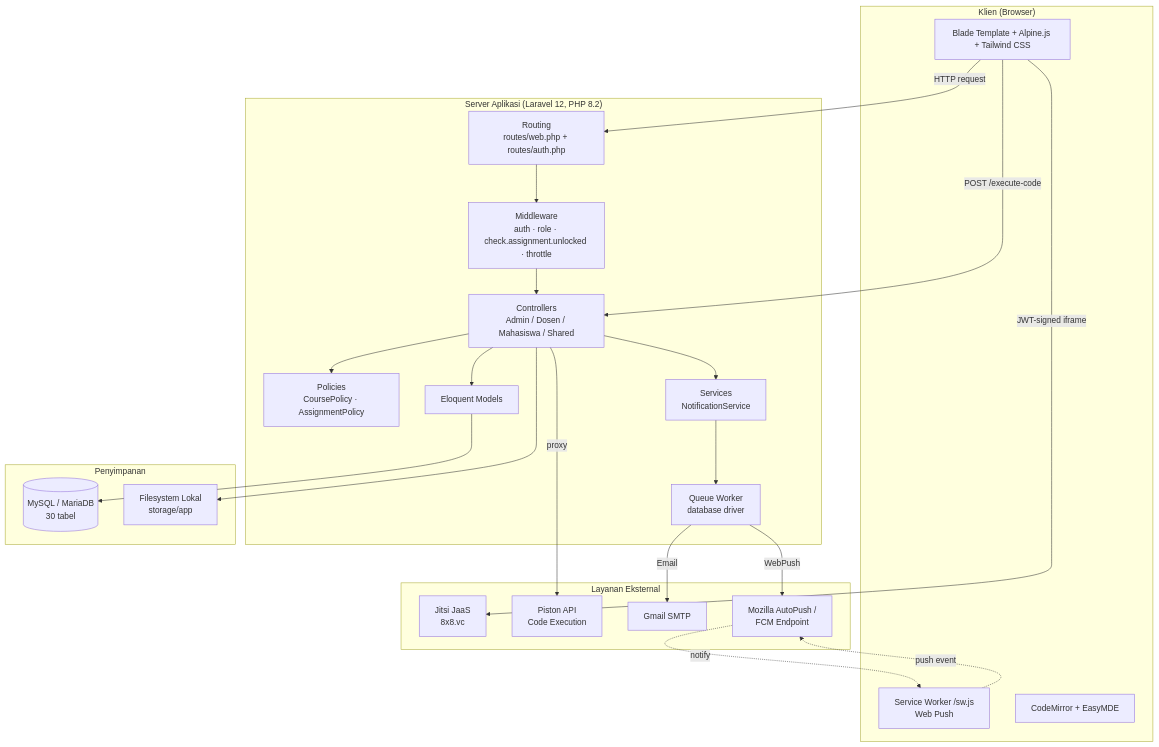
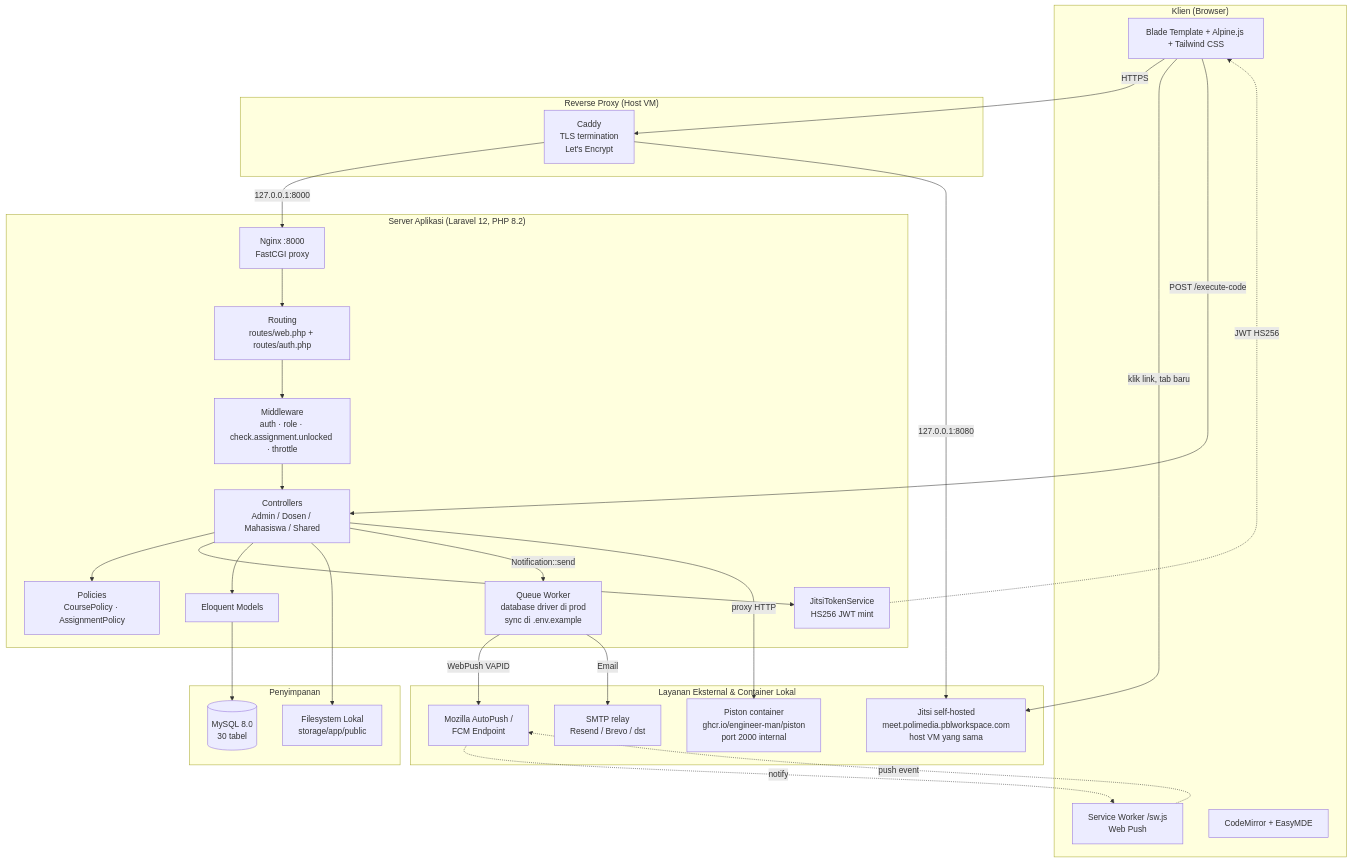
Before and after one commit to SendhyKurniawan/projectbasedlearning: the first of 7 diagrams in docs/bab4-implementasi.md, drawn with Mermaid. The commit also changed other lines of this file and 80 other files, not shown here.

First line of the commit message:
refactor: remove Role model/NotificationService/Hierarchy, docs overhaul

````diff
--- a/docs/bab4-implementasi.md
+++ b/docs/bab4-implementasi.md
@@ -167,47 +179,56 @@
 ```mermaid
 graph TB
     subgraph Klien["Klien (Browser)"]
         UI[Blade Template + Alpine.js + Tailwind CSS]
         SW[Service Worker /sw.js<br/>Web Push]
         EDITOR[CodeMirror + EasyMDE]
     end
 
+    subgraph Caddy["Reverse Proxy (Host VM)"]
+        CADDY[Caddy<br/>TLS termination<br/>Let's Encrypt]
+    end
+
     subgraph Server["Server Aplikasi (Laravel 12, PHP 8.2)"]
+        NGINX[Nginx :8000<br/>FastCGI proxy]
         ROUTES[Routing<br/>routes/web.php + routes/auth.php]
         MW[Middleware<br/>auth · role · check.assignment.unlocked · throttle]
         CTRL[Controllers<br/>Admin / Dosen / Mahasiswa / Shared]
         POLICY[Policies<br/>CoursePolicy · AssignmentPolicy]
-        SVC[Services<br/>NotificationService]
+        JITSISVC[JitsiTokenService<br/>HS256 JWT mint]
         MODEL[Eloquent Models]
-        QUEUE[Queue Worker<br/>database driver]
+        QUEUE[Queue Worker<br/>database driver di prod<br/>sync di .env.example]
     end
 
     subgraph Penyimpanan["Penyimpanan"]
-        DB[(MySQL / MariaDB<br/>30 tabel)]
-        FS[Filesystem Lokal<br/>storage/app]
+        DB[(MySQL 8.0<br/>30 tabel)]
+        FS[Filesystem Lokal<br/>storage/app/public]
     end
 
-    subgraph Eksternal["Layanan Eksternal"]
-        JITSI[Jitsi JaaS<br/>8x8.vc]
-        PISTON[Piston API<br/>Code Execution]
-        SMTP[Gmail SMTP]
+    subgraph Eksternal["Layanan Eksternal & Container Lokal"]
+        JITSI[Jitsi self-hosted<br/>meet.polimedia.pblworkspace.com<br/>host VM yang sama]
+        PISTON[Piston container<br/>ghcr.io/engineer-man/piston<br/>port 2000 internal]
+        SMTP[SMTP relay<br/>Resend / Brevo / dst]
         PUSH[Mozilla AutoPush /<br/>FCM Endpoint]
     end
 
-    UI -- HTTP request --> ROUTES
+    UI -- HTTPS --> CADDY
+    CADDY -- 127.0.0.1:8000 --> NGINX
+    NGINX --> ROUTES
     ROUTES --> MW
     MW --> CTRL
     CTRL --> POLICY
-    CTRL --> SVC
+    CTRL --> JITSISVC
     CTRL --> MODEL
     MODEL --> DB
     CTRL --> FS
-    SVC --> QUEUE
-    QUEUE -- WebPush --> PUSH
+    CTRL -- Notification::send --> QUEUE
+    QUEUE -- WebPush VAPID --> PUSH
     QUEUE -- Email --> SMTP
-    UI -- JWT-signed iframe --> JITSI
+    UI -- klik link, tab baru --> JITSI
+    JITSISVC -. JWT HS256 .-> UI
     UI -- POST /execute-code --> CTRL
-    CTRL -- proxy --> PISTON
+    CTRL -- proxy HTTP --> PISTON
     SW -. push event .-> PUSH
     PUSH -. notify .-> SW
+    CADDY -- 127.0.0.1:8080 --> JITSI
 ```
````
